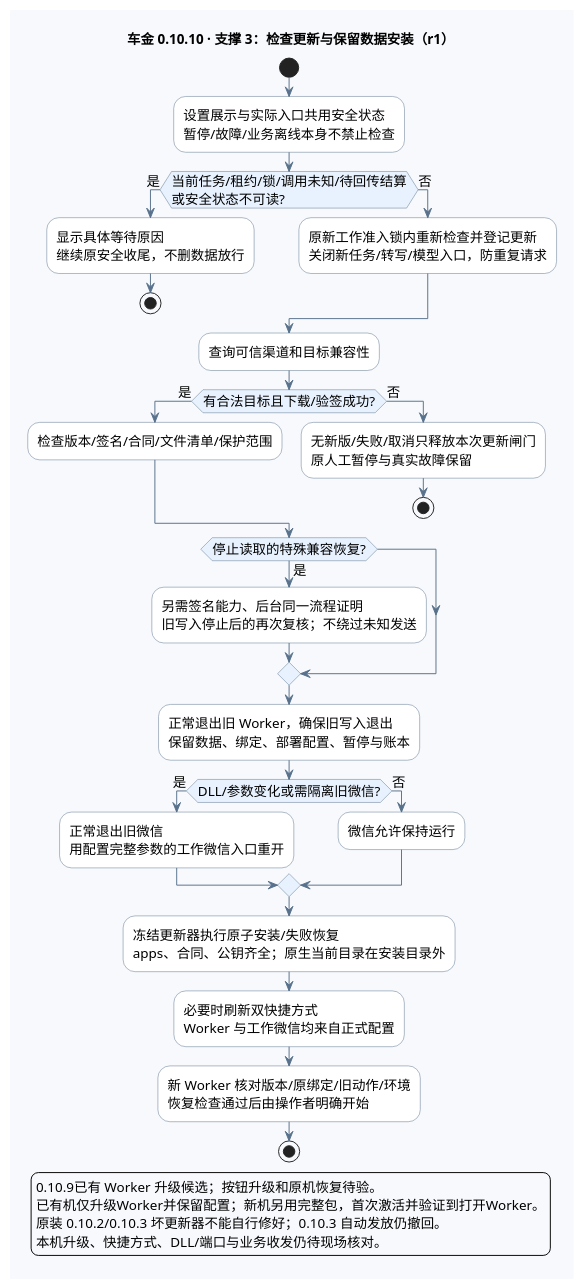
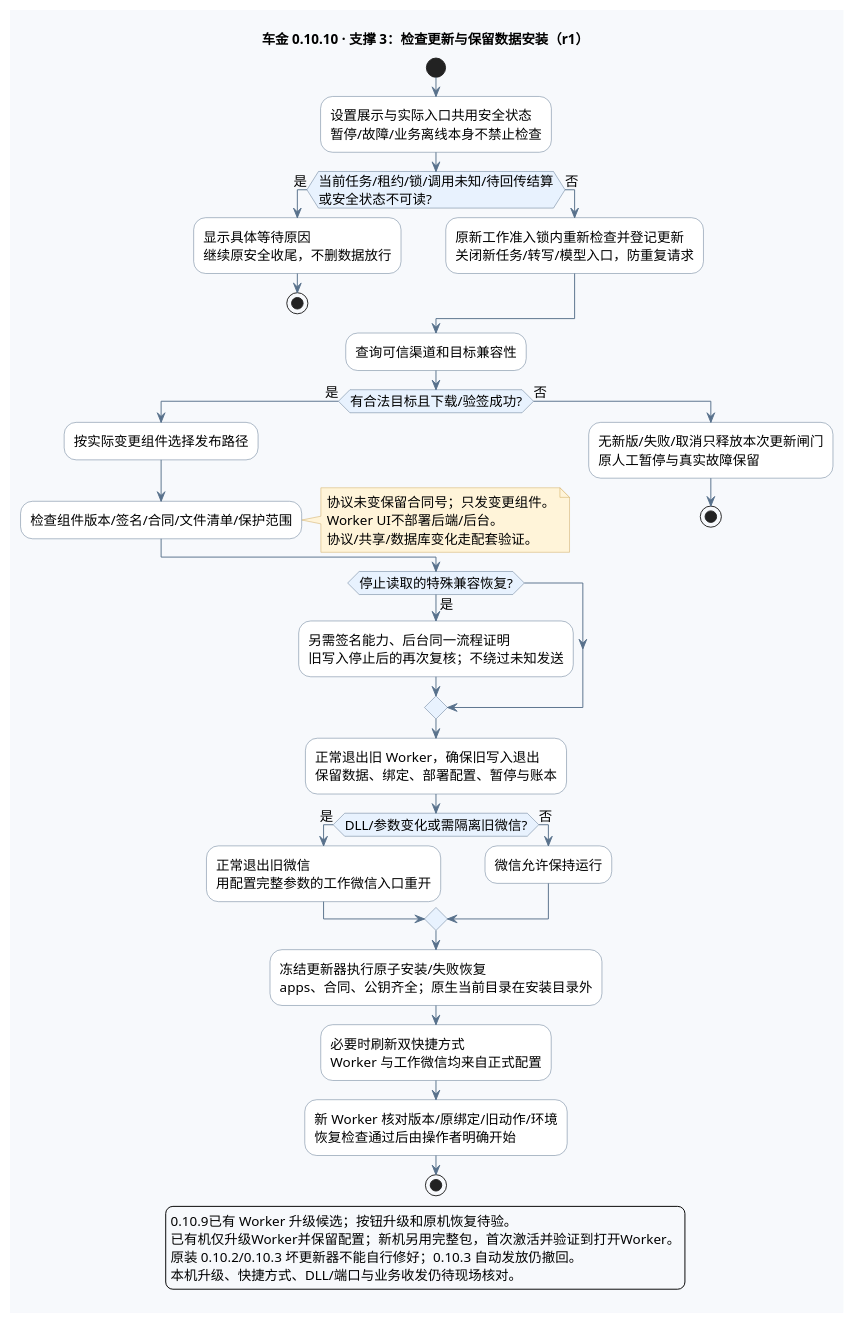
One commit to edwardzhang0304/chejin-ai-sales changed the fourth of 6 diagrams in deliverables/AI智能客服售前跟进系统_全流程图_v0.10.13.puml. Above: the diagram before and after it, drawn with PlantUML. The commit also changed 26 other files, not shown here.

```diff
--- a/deliverables/AI智能客服售前跟进系统_全流程图_v0.10.13.puml
+++ b/deliverables/AI智能客服售前跟进系统_全流程图_v0.10.13.puml
@@ -343,60 +343,66 @@
 @startuml update
 !pragma layout smetana
 skinparam defaultFontName "PingFang SC"
 skinparam defaultFontSize 14
 skinparam backgroundColor #F7F9FC
 skinparam shadowing false
 skinparam activityBackgroundColor #FFFFFF
 skinparam activityBorderColor #58718C
 skinparam activityDiamondBackgroundColor #E8F2FE
 skinparam activityDiamondBorderColor #58718C
 skinparam ArrowColor #58718C
 skinparam noteBackgroundColor #FFF4D9
 skinparam noteBorderColor #CDA556
 title 车金 0.10.10 · 支撑 3：检查更新与保留数据安装（r1）
 start
 :设置展示与实际入口共用安全状态
 暂停/故障/业务离线本身不禁止检查;
 if (当前任务/租约/锁/调用未知/待回传结算
 或安全状态不可读?) then (是)
   :显示具体等待原因
 继续原安全收尾，不删数据放行;
   stop
 else (否)
   :原新工作准入锁内重新检查并登记更新
 关闭新任务/转写/模型入口，防重复请求;
 endif
 :查询可信渠道和目标兼容性;
 if (有合法目标且下载/验签成功?) then (是)
-  :检查版本/签名/合同/文件清单/保护范围;
+  :按实际变更组件选择发布路径;
+  :检查组件版本/签名/合同/文件清单/保护范围;
+  note right
+    协议未变保留合同号；只发变更组件。
+    Worker UI不部署后端/后台。
+    协议/共享/数据库变化走配套验证。
+  end note
 else (否)
   :无新版/失败/取消只释放本次更新闸门
 原人工暂停与真实故障保留;
   stop
 endif
 if (停止读取的特殊兼容恢复?) then (是)
   :另需签名能力、后台同一流程证明
 旧写入停止后的再次复核；不绕过未知发送;
 endif
 :正常退出旧 Worker，确保旧写入退出
 保留数据、绑定、部署配置、暂停与账本;
 if (DLL/参数变化或需隔离旧微信?) then (是)
   :正常退出旧微信
 用配置完整参数的工作微信入口重开;
 else (否)
   :微信允许保持运行;
 endif
 :冻结更新器执行原子安装/失败恢复
 apps、合同、公钥齐全；原生当前目录在安装目录外;
 :必要时刷新双快捷方式
 Worker 与工作微信均来自正式配置;
 :新 Worker 核对版本/原绑定/旧动作/环境
 恢复检查通过后由操作者明确开始;
 stop
 legend bottom
 0.10.9已有 Worker 升级候选；按钮升级和原机恢复待验。
 已有机仅升级Worker并保留配置；新机另用完整包，首次激活并验证到打开Worker。
 原装 0.10.2/0.10.3 坏更新器不能自行修好；0.10.3 自动发放仍撤回。
 本机升级、快捷方式、DLL/端口与业务收发仍待现场核对。
 endlegend
 @enduml
```
